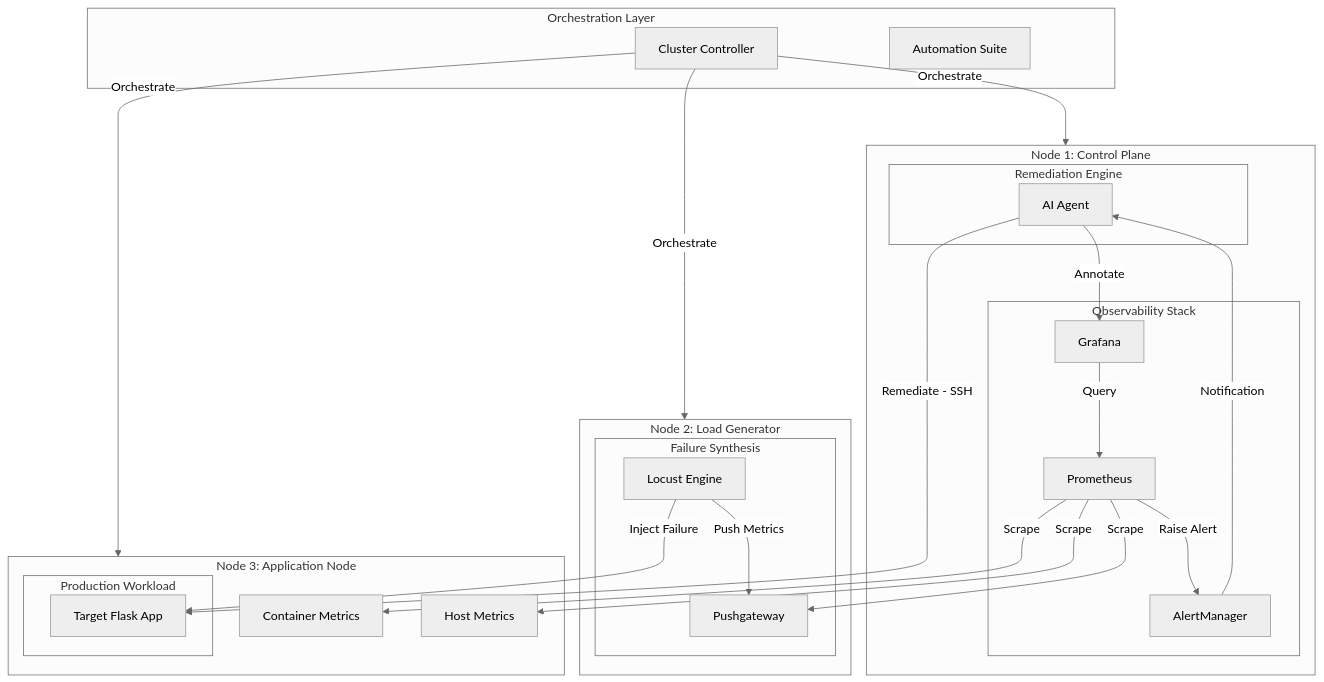
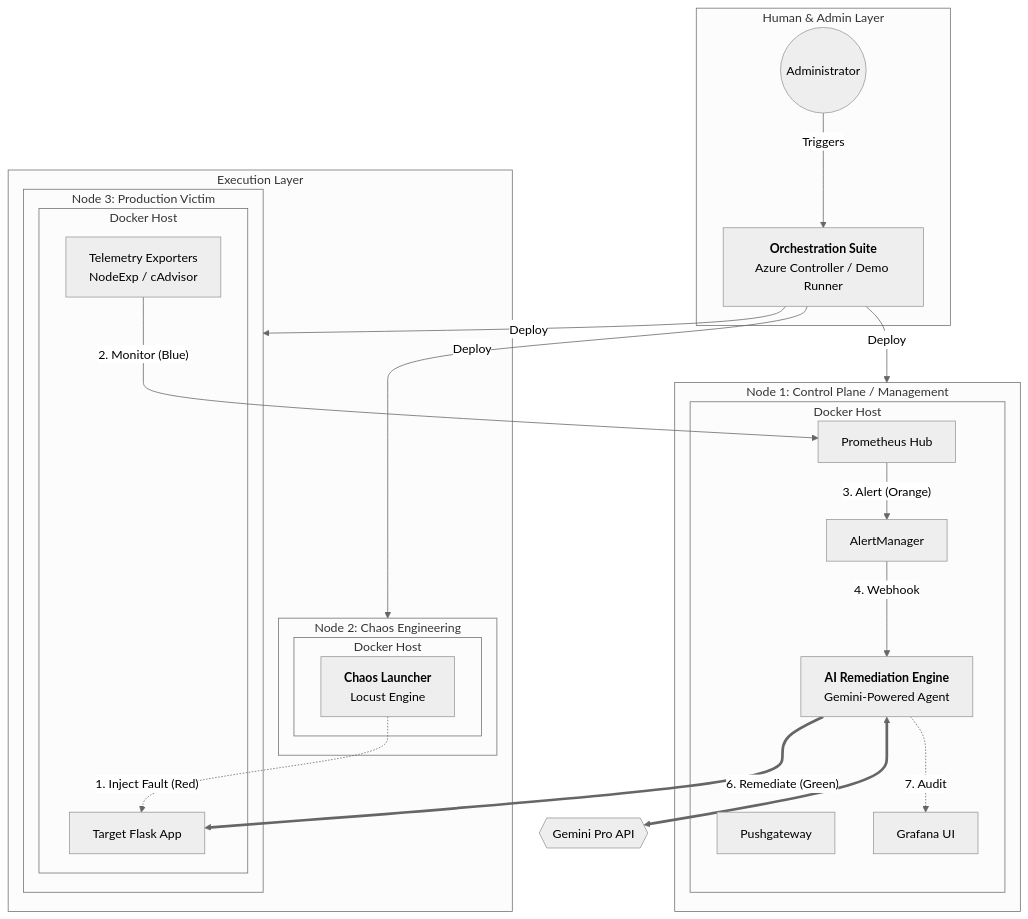
The diagram in topology.md (mquangpham575/AiOps), drawn with Mermaid (neutral theme) before and after one commit. The commit also changed other lines of this file and 1 other file, not shown here.

Commit message:
topology update

````diff
--- a/topology.md
+++ b/topology.md
@@ -6,56 +10,51 @@
 ```mermaid
 graph TB
-    subgraph local [Orchestration Layer]
-        power[Cluster Controller]
-        runner[Automation Suite]
+    %% Tầng 1: Human & Orchestration
+    subgraph Layer_1 [Human & Admin Layer]
+        Admin((Administrator))
+        Orchestrator[<b>Orchestration Suite</b><br/>Azure Controller / Demo Runner]
     end
 
-    subgraph node1 [Node 1: Control Plane]
-        subgraph ops_mon [Observability Stack]
-            prom[Prometheus]
-            graf[Grafana]
+    %% Tầng 2: Control Plane (The Brain)
+    subgraph node1 [Node 1: Control Plane / Management]
+        subgraph Docker_1 [Docker Host]
+            prom[Prometheus Hub]
             am[AlertManager]
-        end
-        subgraph agent_code [Remediation Engine]
-            agent[AI Agent]
+            pushgw[Pushgateway]
+            graf[Grafana UI]
+            agent[<b>AI Remediation Engine</b><br/>Gemini-Powered Agent]
         end
     end
 
-    subgraph node2 [Node 2: Load Generator]
-        subgraph test_code [Failure Synthesis]
-            locust[Locust Engine]
-            pushgw[Pushgateway]
+    %% Tầng 3: Data Plane & Chaos
+    subgraph Layer_3 [Execution Layer]
+        subgraph node2 [Node 2: Chaos Engineering]
+            subgraph Docker_2 [Docker Host]
+                locust[<b>Chaos Launcher</b><br/>Locust Engine]
+            end
+        end
+
+        subgraph node3 [Node 3: Production Victim]
+            subgraph Docker_3 [Docker Host]
+                flask[Target Flask App]
+                exporters[Telemetry Exporters<br/>NodeExp / cAdvisor]
+            end
         end
     end
 
-    subgraph node3 [Node 3: Application Node]
-        subgraph app_code [Production Workload]
-            flask[Target Flask App]
-        end
-        cadvisor[Container Metrics]
-        node_exp[Host Metrics]
-    end
+    %% External AI
+    Gemini{{Gemini Pro API}}
 
-    %% Deployment/Orchestration
-    power -->|Orchestrate| node1
-    power -->|Orchestrate| node2
-    power -->|Orchestrate| node3
+    %% Connections
+    Admin -->|Triggers| Orchestrator
+    Orchestrator -->|Deploy| node1 & node2 & node3
     
-    %% Traffic & Stress
-    locust -->|Inject Failure| flask
-    
-    %% Observability Flow
-    prom -->|Scrape| node_exp
-    prom -->|Scrape| cadvisor
-    prom -->|Scrape| pushgw
-    locust -->|Push Metrics| pushgw
-    
-    %% Alerting & Remediation
-    prom -->|Raise Alert| am
-    am -->|Notification| agent
-    agent -->|Remediate - SSH| flask
-    agent -->|Annotate| graf
-    
-    %% Visualization
-    graf -->|Query| prom
+    %% Flows
+    locust -. "1. Inject Fault (Red)" .-> flask
+    exporters -- "2. Monitor (Blue)" --> prom
+    prom -- "3. Alert (Orange)" --> am
+    am -- "4. Webhook" --> agent
+    agent <==> Gemini
+    agent == "6. Remediate (Green)" ==> flask
+    agent -. "7. Audit" .-> graf
 ```
````
